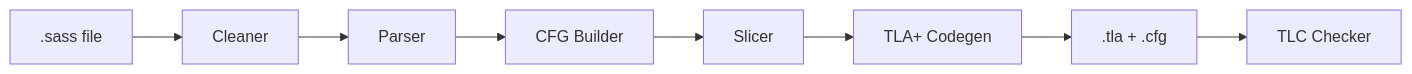
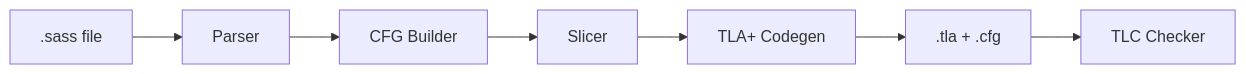
The diagram in README.md (CoconutJJ/tlaplusgen), drawn with Mermaid before and after one commit. The commit also changed other lines of this file, not shown here.

````diff
--- a/README.md
+++ b/README.md
@@ -11,10 +13,9 @@
 ```mermaid
 graph LR
-    SASS[.sass file] --> Cleaner
-    Cleaner --> Parser
+    SASS[.sass file] --> Parser
     Parser --> CFG[CFG Builder]
     CFG --> Slicer
     Slicer --> Codegen[TLA+ Codegen]
     Codegen --> TLA[.tla + .cfg]
     TLA --> TLC[TLC Checker]
 ```
````
